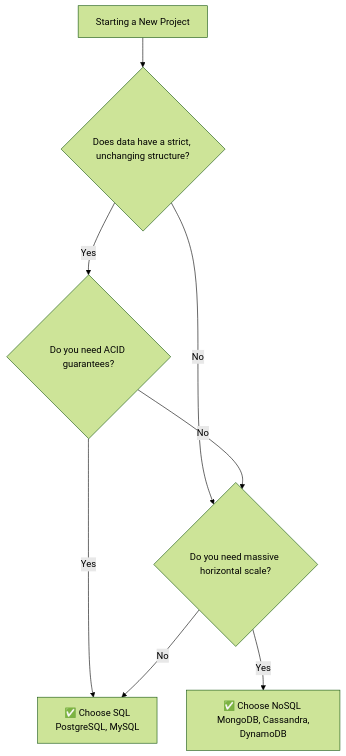
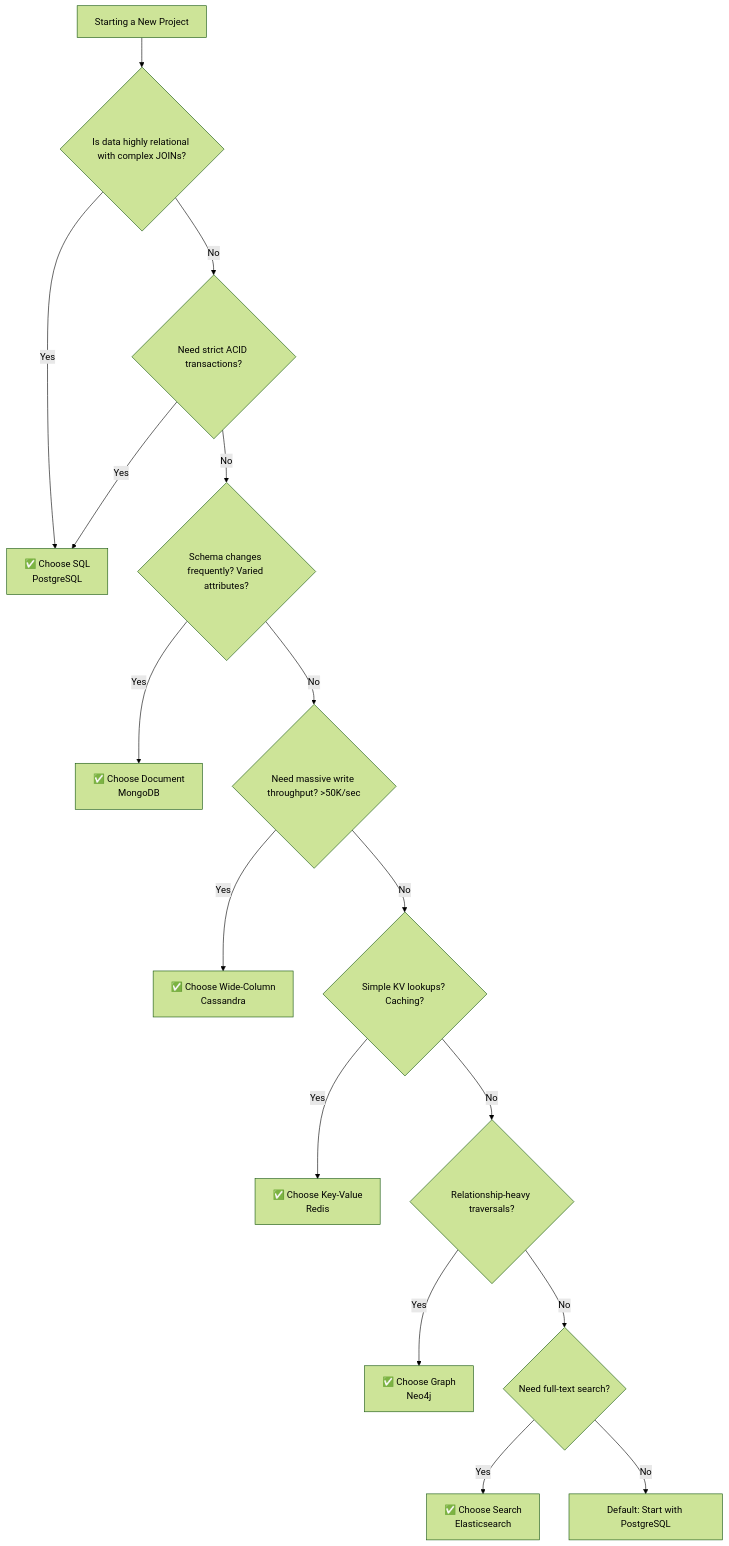
Before and after one commit to Ishwar786Ambare/HLD: the tenth of 11 diagrams in SQL vs NoSQL/SQL_vs_NoSQL_Ultimate_Guide.md, drawn with Mermaid (forest theme). The commit also changed other lines of this file, not shown here.

Commit message:
docs: Update SQL vs NoSQL guide with comprehensive Arena content

````diff
--- a/SQL vs NoSQL/SQL_vs_NoSQL_Ultimate_Guide.md
+++ b/SQL vs NoSQL/SQL_vs_NoSQL_Ultimate_Guide.md
@@ -22,10 +728,18 @@
 ```mermaid
 graph TD
-    A[Starting a New Project] --> B{Does data have a strict, unchanging structure?}
-    B -- Yes --> C{Do you need ACID guarantees?}
-    C -- Yes --> D[✅ Choose SQL <br/> PostgreSQL, MySQL]
-    B -- No --> E{Do you need massive horizontal scale?}
-    C -- No --> E
-    E -- Yes --> F[✅ Choose NoSQL <br/> MongoDB, Cassandra, DynamoDB]
-    E -- No --> D
+    A[Starting a New Project] --> B{Is data highly relational with complex JOINs?}
+    B -- Yes --> C[✅ Choose SQL <br> PostgreSQL]
+    B -- No --> D{Need strict ACID transactions?}
+    D -- Yes --> C
+    D -- No --> E{Schema changes frequently? Varied attributes?}
+    E -- Yes --> F[✅ Choose Document <br> MongoDB]
+    E -- No --> G{Need massive write throughput? >50K/sec}
+    G -- Yes --> H[✅ Choose Wide-Column <br> Cassandra]
+    G -- No --> I{Simple KV lookups? Caching?}
+    I -- Yes --> J[✅ Choose Key-Value <br> Redis]
+    I -- No --> K{Relationship-heavy traversals?}
+    K -- Yes --> L[✅ Choose Graph <br> Neo4j]
+    K -- No --> M{Need full-text search?}
+    M -- Yes --> N[✅ Choose Search <br> Elasticsearch]
+    M -- No --> O[Default: Start with PostgreSQL]
 ```
````
